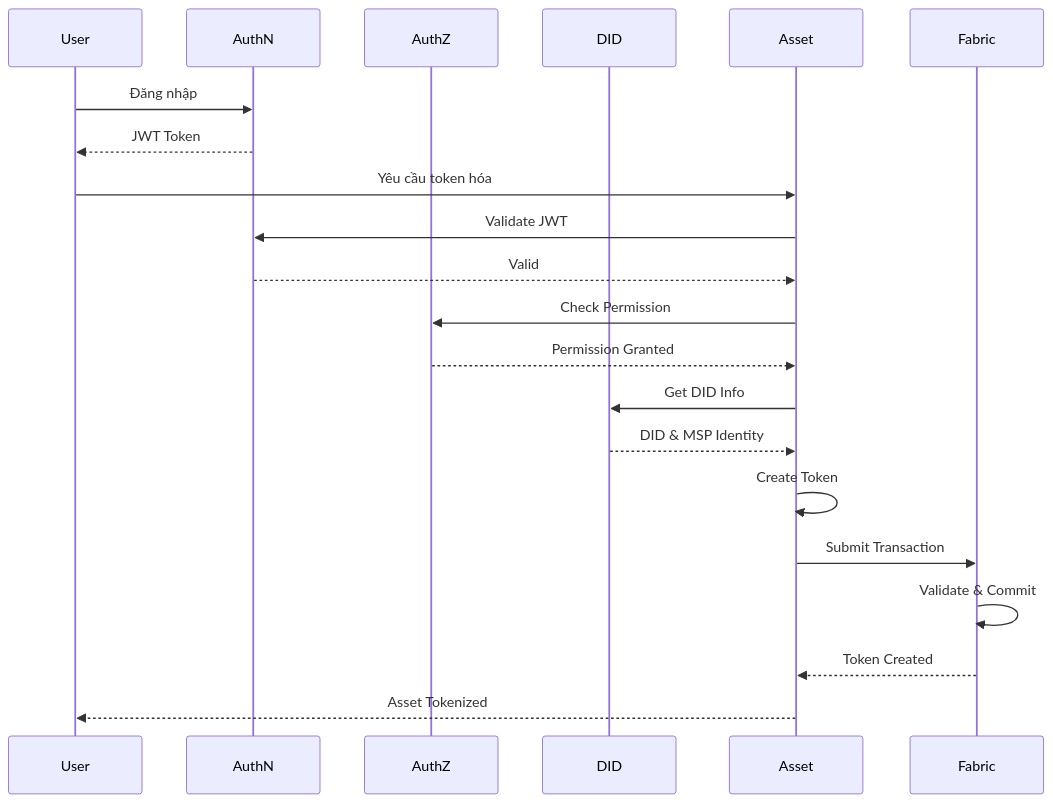
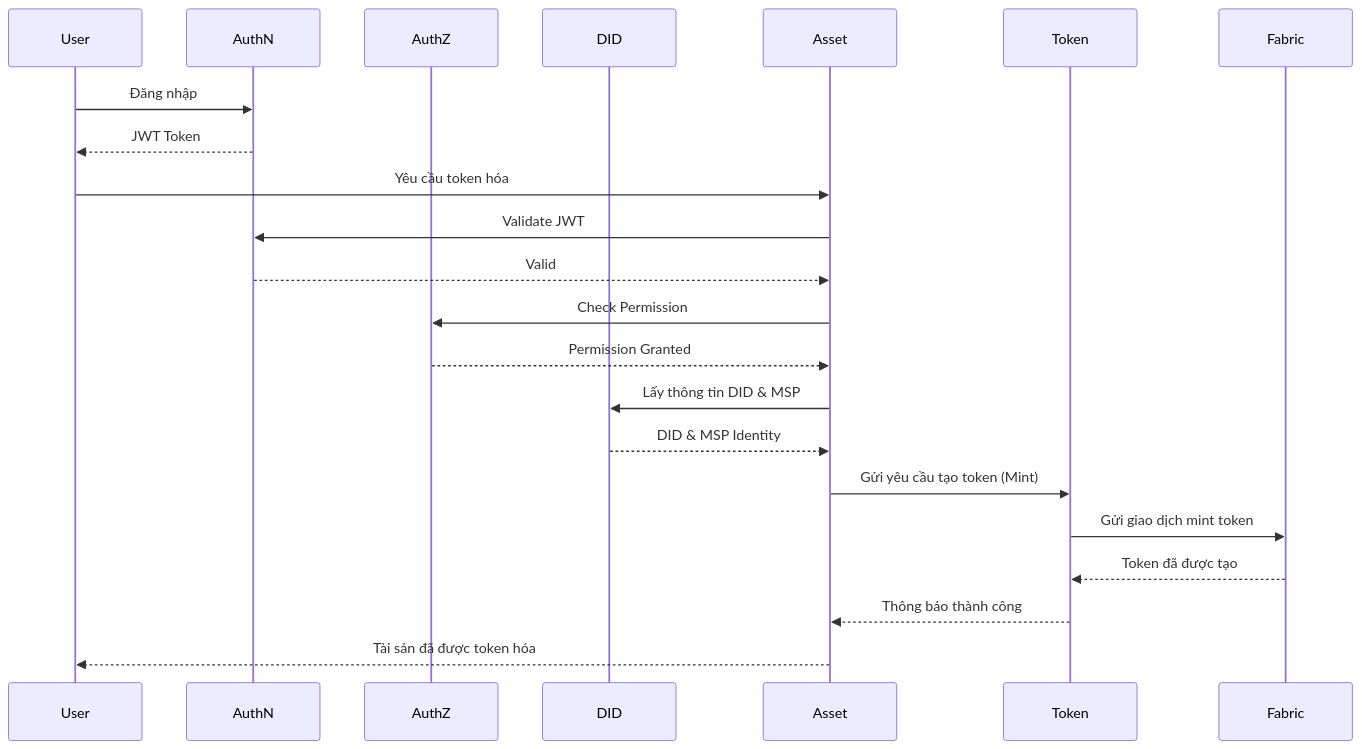
One commit to metafi-blockchain/metafi-digital-assets-service changed the third of 9 diagrams in rd-digital-asset-service-clean.md. Above: the diagram before and after it, drawn with Mermaid. The commit also changed other lines of this file and 1 other file, not shown here.

````diff
--- a/rd-digital-asset-service-clean.md
+++ b/rd-digital-asset-service-clean.md
@@ -158,29 +158,30 @@
 ```mermaid
 sequenceDiagram
     participant User
     participant AuthN
     participant AuthZ
     participant DID
     participant Asset
+    participant Token
     participant Fabric
-    
+
     User->>AuthN: Đăng nhập
     AuthN-->>User: JWT Token
-    
+
     User->>Asset: Yêu cầu token hóa
     Asset->>AuthN: Validate JWT
     AuthN-->>Asset: Valid
-    
+
     Asset->>AuthZ: Check Permission
     AuthZ-->>Asset: Permission Granted
-    
-    Asset->>DID: Get DID Info
+
+    Asset->>DID: Lấy thông tin DID & MSP
     DID-->>Asset: DID & MSP Identity
-    
-    Asset->>Asset: Create Token
-    Asset->>Fabric: Submit Transaction
-    Fabric->>Fabric: Validate & Commit
-    Fabric-->>Asset: Token Created
-    
-    Asset-->>User: Asset Tokenized
+
+    Asset->>Token: Gửi yêu cầu tạo token (Mint)
+    Token->>Fabric: Gửi giao dịch mint token
+    Fabric-->>Token: Token đã được tạo
+
+    Token-->>Asset: Thông báo thành công
+    Asset-->>User: Tài sản đã được token hóa
 ```
````
